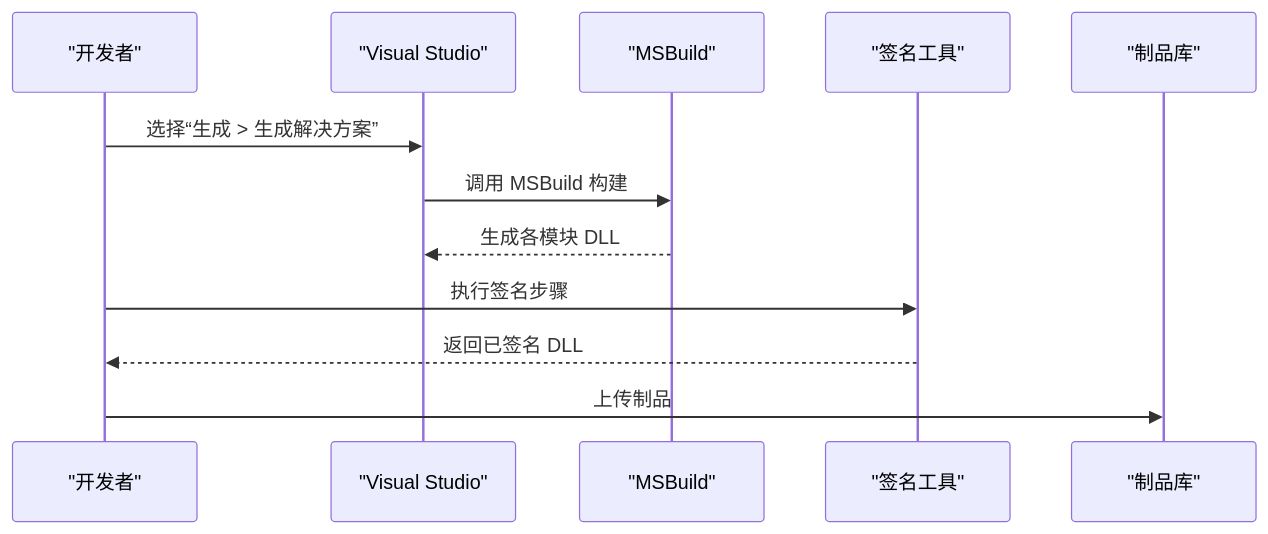
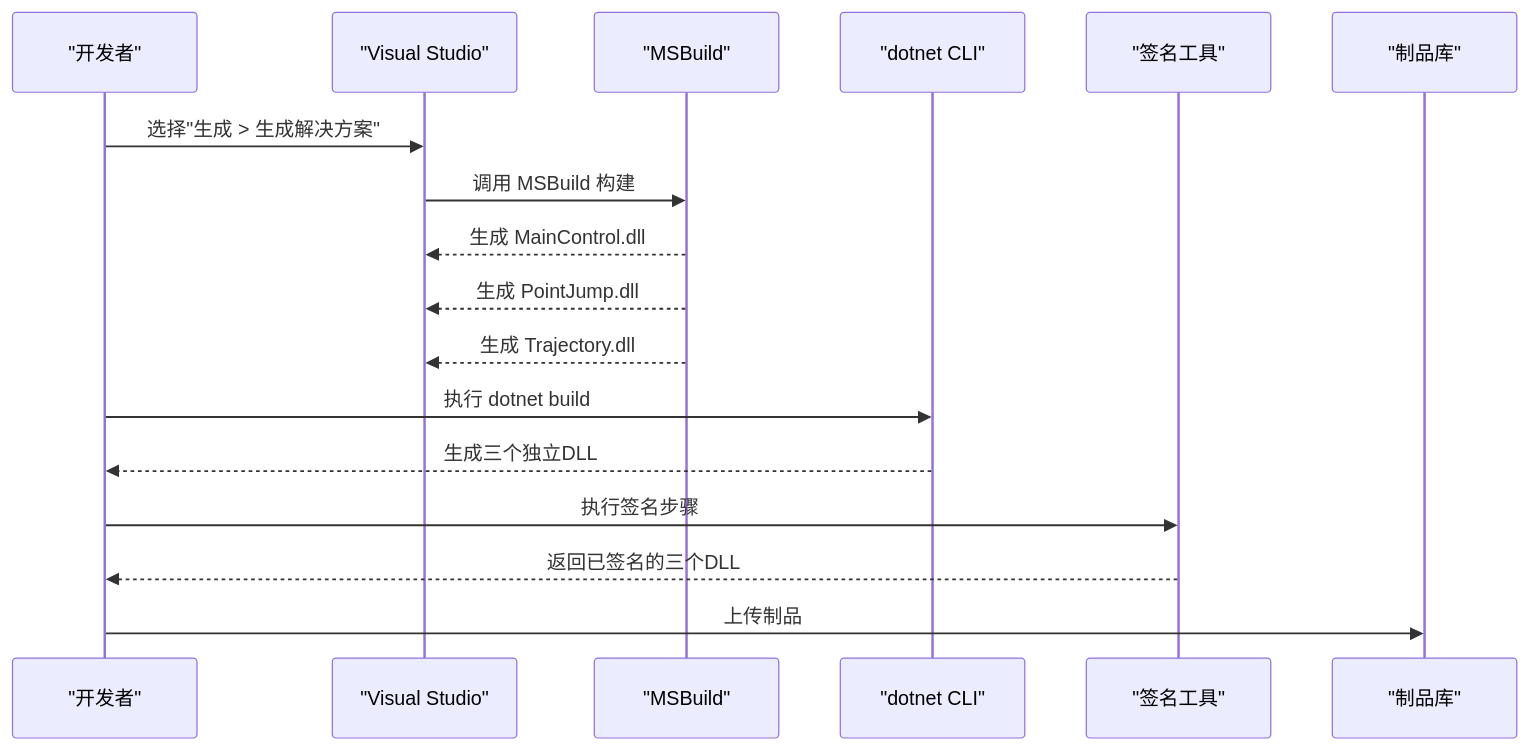
The fourth of 8 diagrams in .qoder/repowiki/zh/content/开发指南/构建与部署.md (fuweiq94-cloud/339918076), drawn with Mermaid before and after one commit. The commit also changed other lines of this file and 203 other files, not shown here.

````diff
--- a/.qoder/repowiki/zh/content/开发指南/构建与部署.md
+++ b/.qoder/repowiki/zh/content/开发指南/构建与部署.md
@@ -160,14 +245,19 @@
 ```mermaid
 sequenceDiagram
 participant Dev as "开发者"
 participant VS as "Visual Studio"
 participant MSB as "MSBuild"
+participant DotNet as "dotnet CLI"
 participant Sig as "签名工具"
 participant Art as "制品库"
-Dev->>VS : 选择“生成 > 生成解决方案”
+Dev->>VS : 选择"生成 > 生成解决方案"
 VS->>MSB : 调用 MSBuild 构建
-MSB-->>VS : 生成各模块 DLL
+MSB-->>VS : 生成 MainControl.dll
+MSB-->>VS : 生成 PointJump.dll
+MSB-->>VS : 生成 Trajectory.dll
+Dev->>DotNet : 执行 dotnet build
+DotNet-->>Dev : 生成三个独立DLL
 Dev->>Sig : 执行签名步骤
-Sig-->>Dev : 返回已签名 DLL
+Sig-->>Dev : 返回已签名的三个DLL
 Dev->>Art : 上传制品
 ```
````
